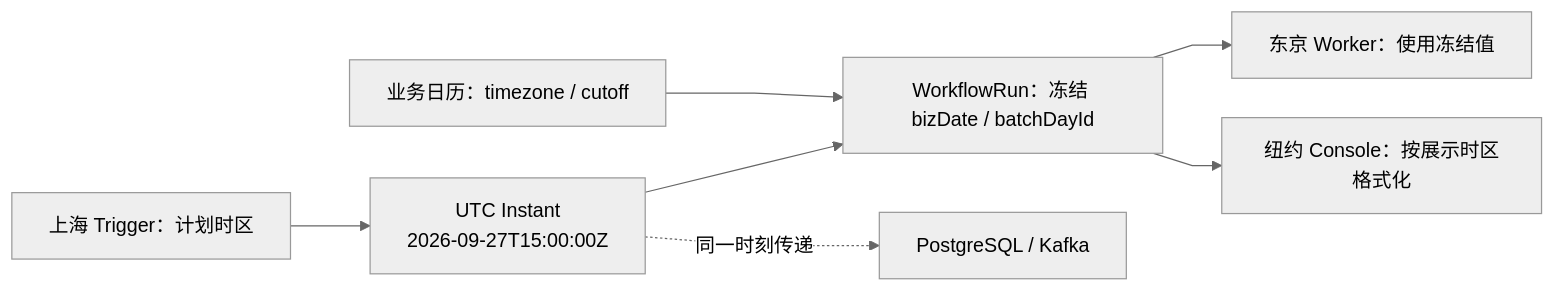
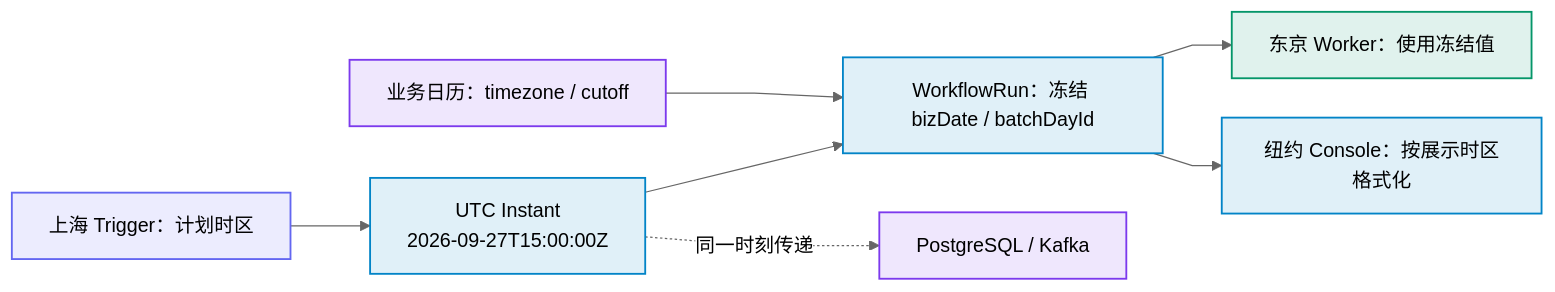
One commit to pinpols/file-batch-system changed the second of 4 diagrams in docs/design/time-date-semantics.md. Above: the diagram before and after it, drawn with Mermaid (neutral theme). The commit also changed other lines of this file and 34 other files, not shown here.

First line of the commit message:
docs(diagram): 完成 P3 Mermaid 图样式收口并补充制图规范 (#1390)

````diff
--- a/docs/design/time-date-semantics.md
+++ b/docs/design/time-date-semantics.md
@@ -59,10 +59,15 @@
 ```mermaid
 %%{init: {"flowchart":{"curve":"linear","nodeSpacing":32,"rankSpacing":48},"sequence":{"mirrorActors":false}}}%%
 flowchart LR
-  S[上海 Trigger：计划时区] --> I[UTC Instant<br/>2026-09-27T15:00:00Z]
-  I --> R[WorkflowRun：冻结 bizDate / batchDayId]
-  C[业务日历：timezone / cutoff] --> R
-  R --> W[东京 Worker：使用冻结值]
-  R --> U[纽约 Console：按展示时区格式化]
-  I -. 同一时刻传递 .-> P[PostgreSQL / Kafka]
+  S[上海 Trigger：计划时区]:::entry --> I[UTC Instant<br/>2026-09-27T15:00:00Z]:::control
+  I --> R[WorkflowRun：冻结 bizDate / batchDayId]:::control
+  C[业务日历：timezone / cutoff]:::store --> R
+  R --> W[东京 Worker：使用冻结值]:::worker
+  R --> U[纽约 Console：按展示时区格式化]:::control
+  I -. 同一时刻传递 .-> P[PostgreSQL / Kafka]:::store
+
+  classDef entry fill:#6366f11f,stroke:#6366f1,stroke-width:1.5px
+  classDef control fill:#0284c71f,stroke:#0284c7,stroke-width:1.5px
+  classDef worker fill:#0596691f,stroke:#059669,stroke-width:1.5px
+  classDef store fill:#7c3aed1f,stroke:#7c3aed,stroke-width:1.5px
 ```
````
